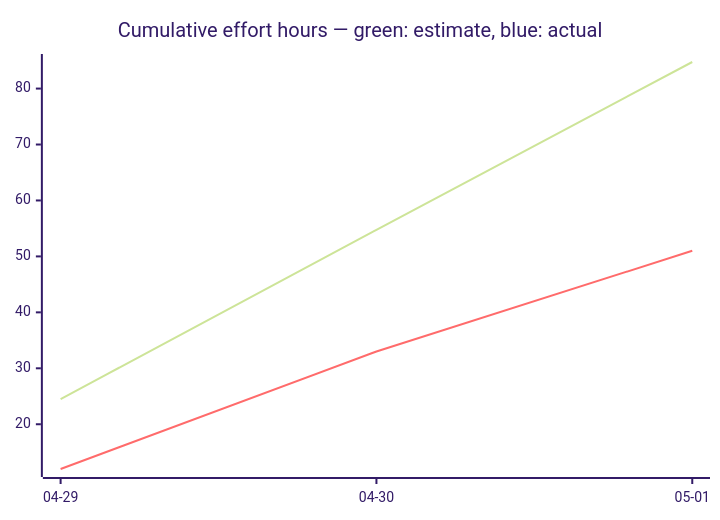
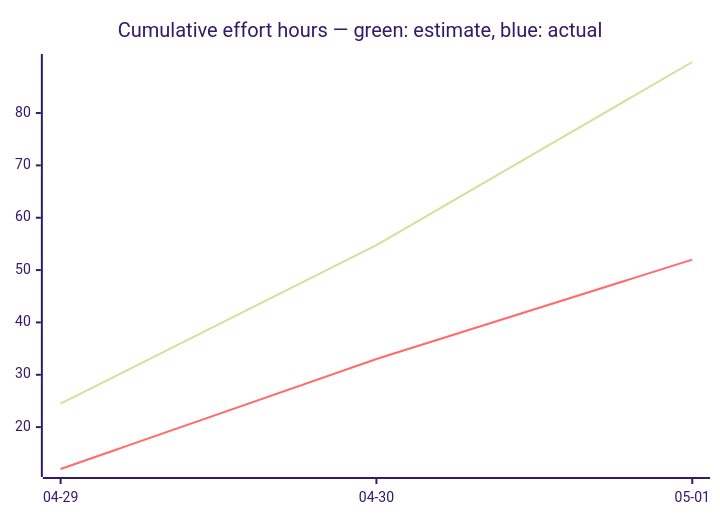
Before and after one commit to tgd1975/AwesomeStudioPedal: the third of 3 diagrams in docs/developers/tasks/OVERVIEW.md, drawn with Mermaid (forest theme). The commit also changed other lines of this file and 10 other files, not shown here.

````diff
--- a/docs/developers/tasks/OVERVIEW.md
+++ b/docs/developers/tasks/OVERVIEW.md
@@ -40,7 +40,7 @@
 ```mermaid
 xychart-beta
     title "Cumulative effort hours — green: estimate, blue: actual"
     x-axis ["04-29", "04-30", "05-01"]
-    line [24.5, 54.75, 84.75]
-    line [12, 33, 51]
+    line [24.5, 54.75, 89.75]
+    line [12, 33, 52]
 ```
````
